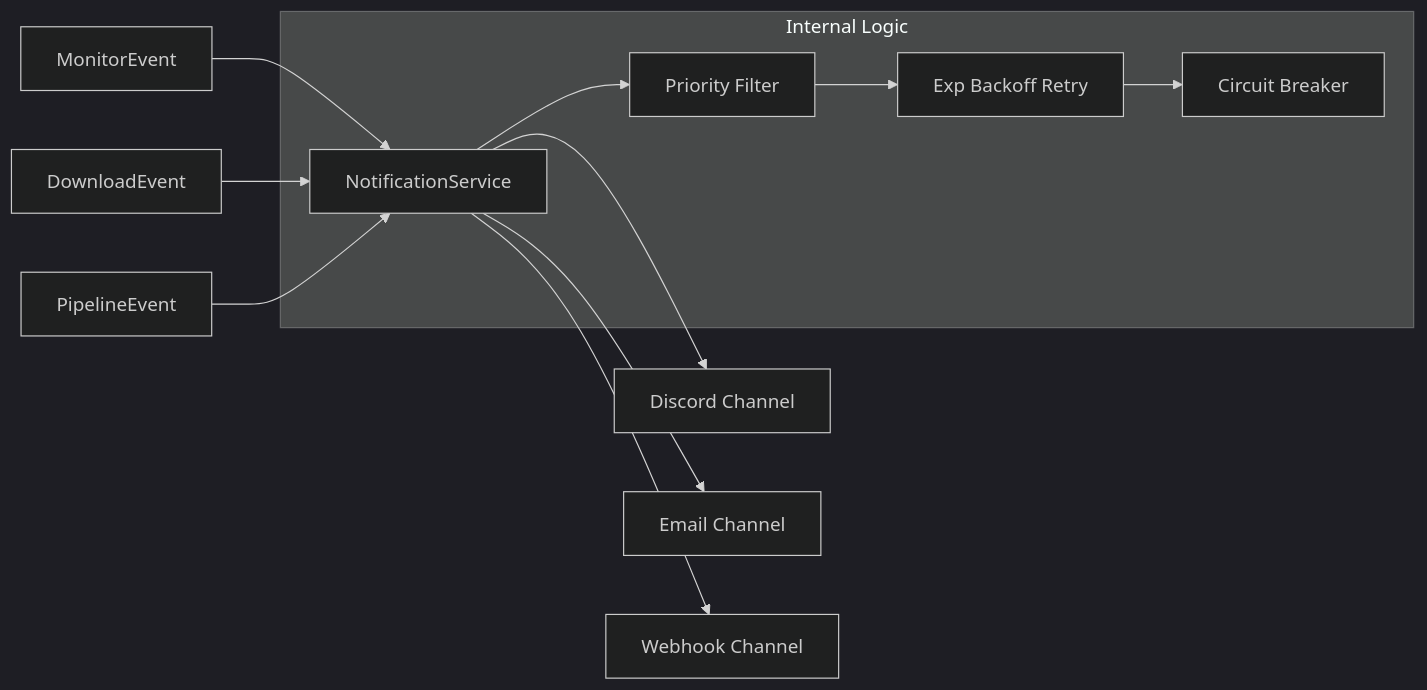
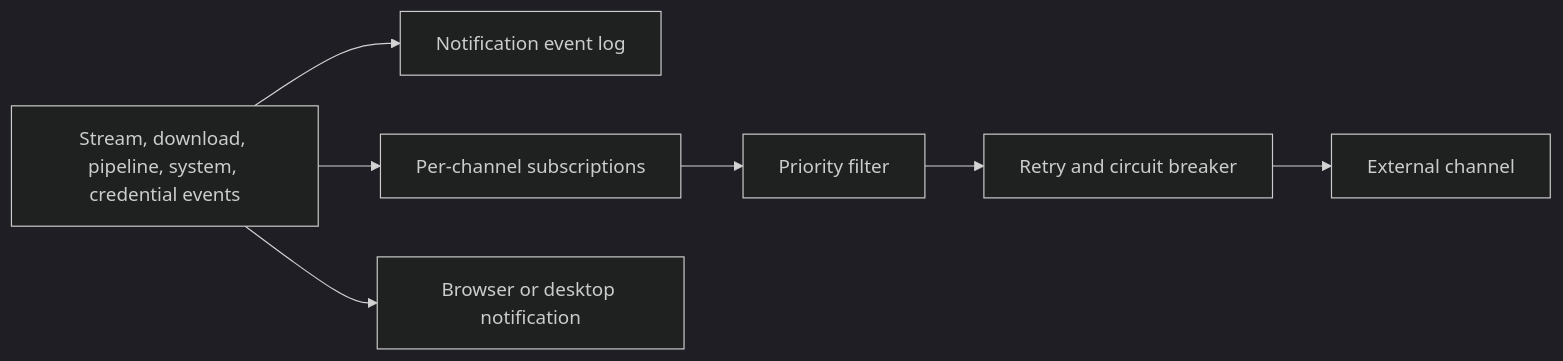
One commit to hua0512/rust-srec changed the diagram in rust-srec/docs/en/concepts/notifications.md. Above: the diagram before and after it, drawn with Mermaid (dark theme). The commit also changed other lines of this file and 46 other files, not shown here.

````diff
--- a/rust-srec/docs/en/concepts/notifications.md
+++ b/rust-srec/docs/en/concepts/notifications.md
@@ -9,16 +5,9 @@
 ```mermaid
 flowchart LR
-    E1[MonitorEvent] --> NS[NotificationService]
-    E2[DownloadEvent] --> NS
-    E3[PipelineEvent] --> NS
-    
-    NS --> C1[Discord Channel]
-    NS --> C2[Email Channel]
-    NS --> C3[Webhook Channel]
-    
-    subgraph NS_Inner["Internal Logic"]
-        NS --> Filter[Priority Filter]
-        Filter --> Retry[Exp Backoff Retry]
-        Retry --> CB[Circuit Breaker]
-    end
+  E[Stream, download, pipeline, system, credential events] --> L[Notification event log]
+  E --> S[Per-channel subscriptions]
+  S --> P[Priority filter]
+  P --> R[Retry and circuit breaker]
+  R --> C[External channel]
+  E --> B[Browser or desktop notification]
 ```
````
